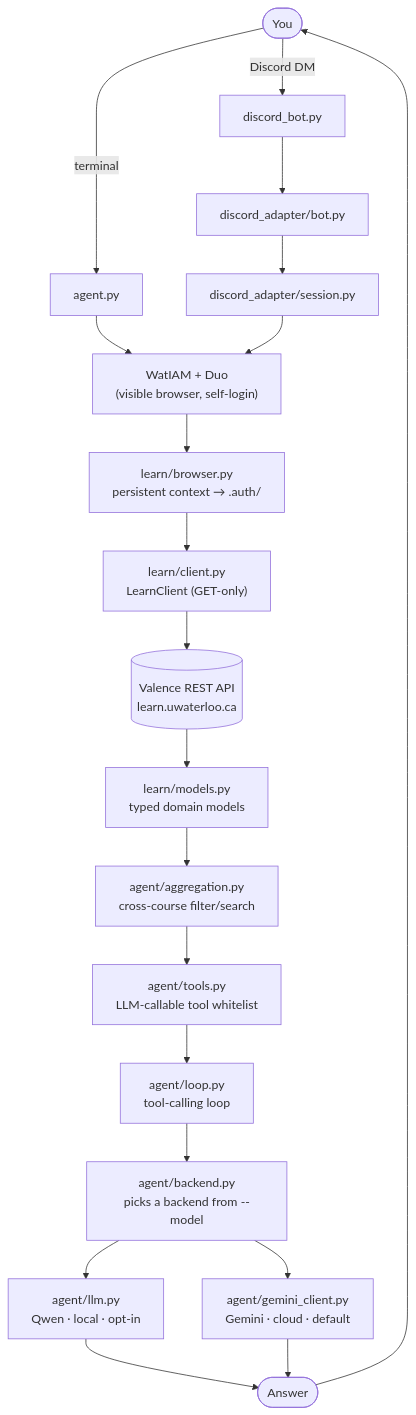
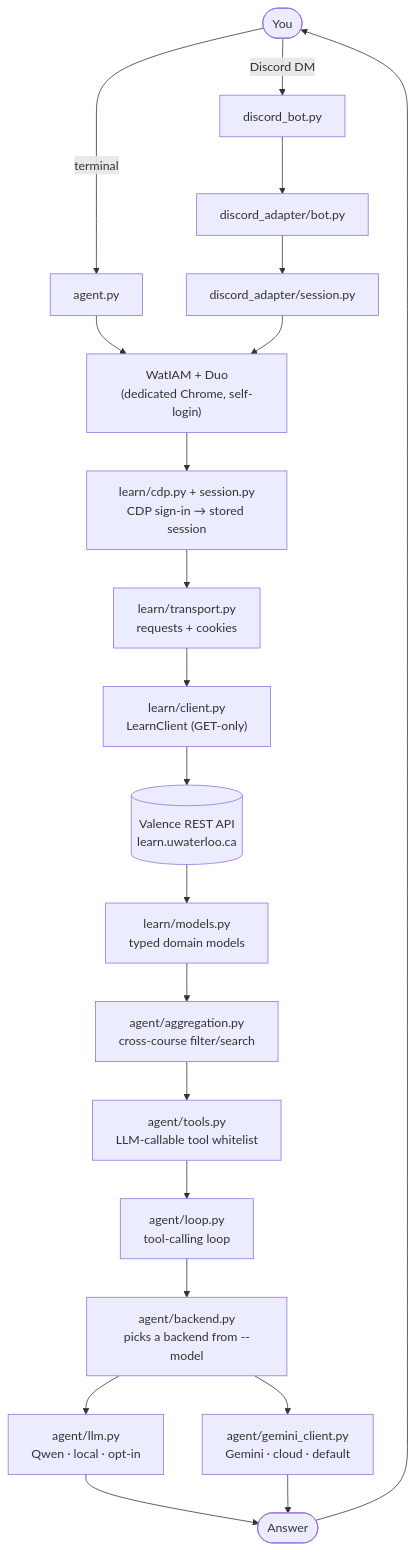
Before and after one commit to jaedonvisva/plnr: the diagram in README.md, drawn with Mermaid. The commit also changed other lines of this file and 62 other files, not shown here.

First line of the commit message:
feat: proactive assistant, CDP sign-in, typed transport, deploy scripts

````diff
--- a/README.md
+++ b/README.md
@@ -25,38 +26,40 @@
 ```mermaid
 flowchart TD
     U([You]) -->|terminal| A[agent.py]
     U -->|Discord DM| DB[discord_bot.py]
     DB --> DA["discord_adapter/bot.py"]
     DA --> DS["discord_adapter/session.py"]
 
-    A --> AUTH["WatIAM + Duo<br/>(visible browser, self-login)"]
+    A --> AUTH["WatIAM + Duo<br/>(dedicated Chrome, self-login)"]
     DS --> AUTH
-    AUTH --> BR["learn/browser.py<br/>persistent context → .auth/"]
-    BR --> LC["learn/client.py<br/>LearnClient (GET-only)"]
+    AUTH --> BR["learn/cdp.py + session.py<br/>CDP sign-in → stored session"]
+    BR --> TR["learn/transport.py<br/>requests + cookies"]
+    TR --> LC["learn/client.py<br/>LearnClient (GET-only)"]
     LC --> VAPI[("Valence REST API<br/>learn.uwaterloo.ca")]
     VAPI --> MODELS["learn/models.py<br/>typed domain models"]
     MODELS --> AGG["agent/aggregation.py<br/>cross-course filter/search"]
     AGG --> TOOLS["agent/tools.py<br/>LLM-callable tool whitelist"]
     TOOLS --> LOOP["agent/loop.py<br/>tool-calling loop"]
     LOOP --> BACKEND["agent/backend.py<br/>picks a backend from --model"]
     BACKEND --> QWEN["agent/llm.py<br/>Qwen · local · opt-in"]
     BACKEND --> GEMINI["agent/gemini_client.py<br/>Gemini · cloud · default"]
     QWEN --> ANS([Answer])
     GEMINI --> ANS
     ANS --> U
 
     click A "https://github.com/jaedonvisva/plnr/blob/main/agent.py" "CLI entry point" _blank
     click DB "https://github.com/jaedonvisva/plnr/blob/main/discord_bot.py" "Discord DM entry point" _blank
     click DA "https://github.com/jaedonvisva/plnr/blob/main/discord_adapter/bot.py" "Message handling, auth/DM gating, chunking" _blank
     click DS "https://github.com/jaedonvisva/plnr/blob/main/discord_adapter/session.py" "Owns the agent loop per Discord session" _blank
-    click AUTH "https://github.com/jaedonvisva/plnr/blob/main/learn/auth.py" "Login-completion detection" _blank
-    click BR "https://github.com/jaedonvisva/plnr/blob/main/learn/browser.py" "Playwright persistent-context lifecycle" _blank
+    click AUTH "https://github.com/jaedonvisva/plnr/blob/main/learn/auth.py" "Sign-in orchestration + whoami verification" _blank
+    click BR "https://github.com/jaedonvisva/plnr/blob/main/learn/cdp.py" "Dedicated-browser CDP sign-in, origin-gated" _blank
+    click TR "https://github.com/jaedonvisva/plnr/blob/main/learn/transport.py" "Cookie-replay HTTP transport, expiry detection, retries" _blank
     click LC "https://github.com/jaedonvisva/plnr/blob/main/learn/client.py" "LearnClient: Valence HTTP calls, typed errors" _blank
     click MODELS "https://github.com/jaedonvisva/plnr/blob/main/learn/models.py" "Course/Assignment/Grade/Quiz/Announcement dataclasses" _blank
     click AGG "https://github.com/jaedonvisva/plnr/blob/main/agent/aggregation.py" "Deterministic date filtering, search, sorting" _blank
     click TOOLS "https://github.com/jaedonvisva/plnr/blob/main/agent/tools.py" "The only thing the LLM can call" _blank
     click LOOP "https://github.com/jaedonvisva/plnr/blob/main/agent/loop.py" "Tool-calling loop, up to 20 rounds" _blank
     click BACKEND "https://github.com/jaedonvisva/plnr/blob/main/agent/backend.py" "Resolves --model to a concrete backend" _blank
     click QWEN "https://github.com/jaedonvisva/plnr/blob/main/agent/llm.py" "Local Ollama client config" _blank
     click GEMINI "https://github.com/jaedonvisva/plnr/blob/main/agent/gemini_client.py" "The one cloud-API module, strictly opt-in" _blank
 ```
````
